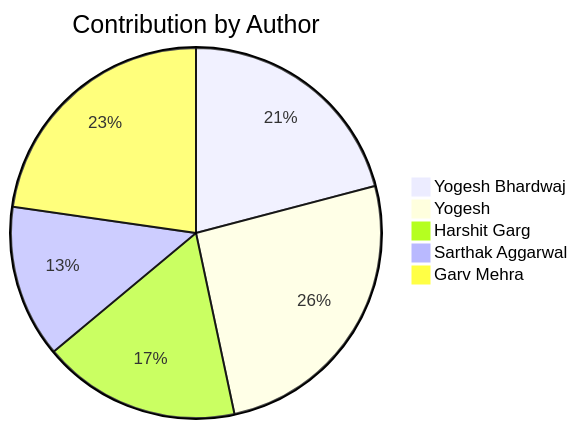
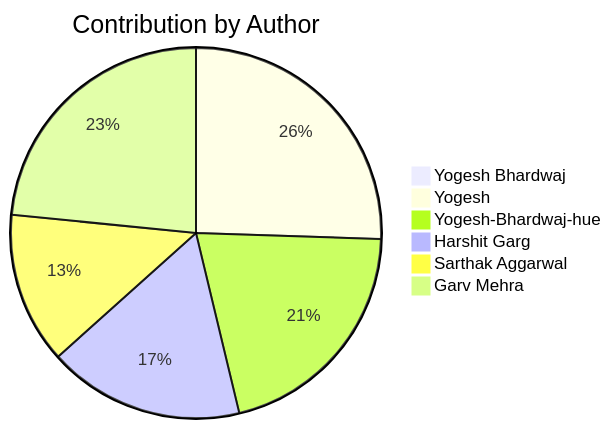
Before and after one commit to Yogesh-Bhardwaj-hue/Scm-Final_2.0: the second of 2 diagrams in README.md, drawn with Mermaid. The commit also changed other lines of this file, not shown here.

Commit message:
djjyyjlhXwyp

````diff
--- a/README.md
+++ b/README.md
@@ -220,8 +220,9 @@
 ```mermaid
 pie title Contribution by Author
-    "Yogesh Bhardwaj": 69
+    "Yogesh Bhardwaj": 0
     "Yogesh": 85
+    "Yogesh-Bhardwaj-hue": 69
     "Harshit Garg": 57
     "Sarthak Aggarwal": 44
-    "Garv Mehra": 75
+    "Garv Mehra": 78
 ```
````
